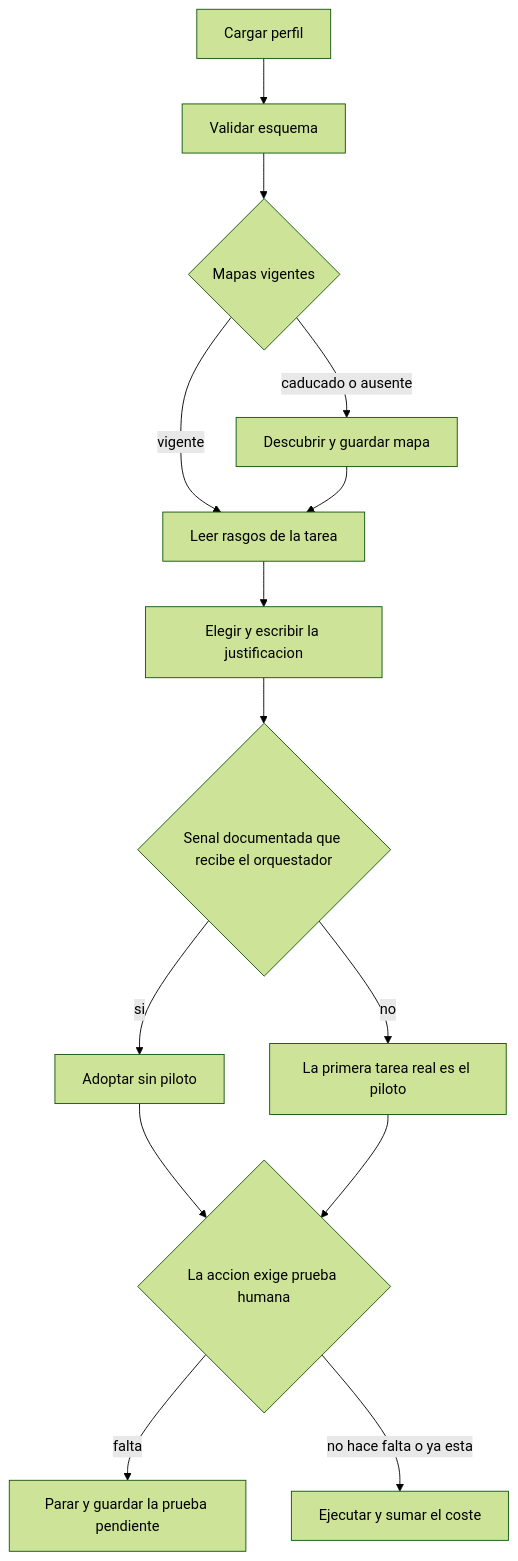
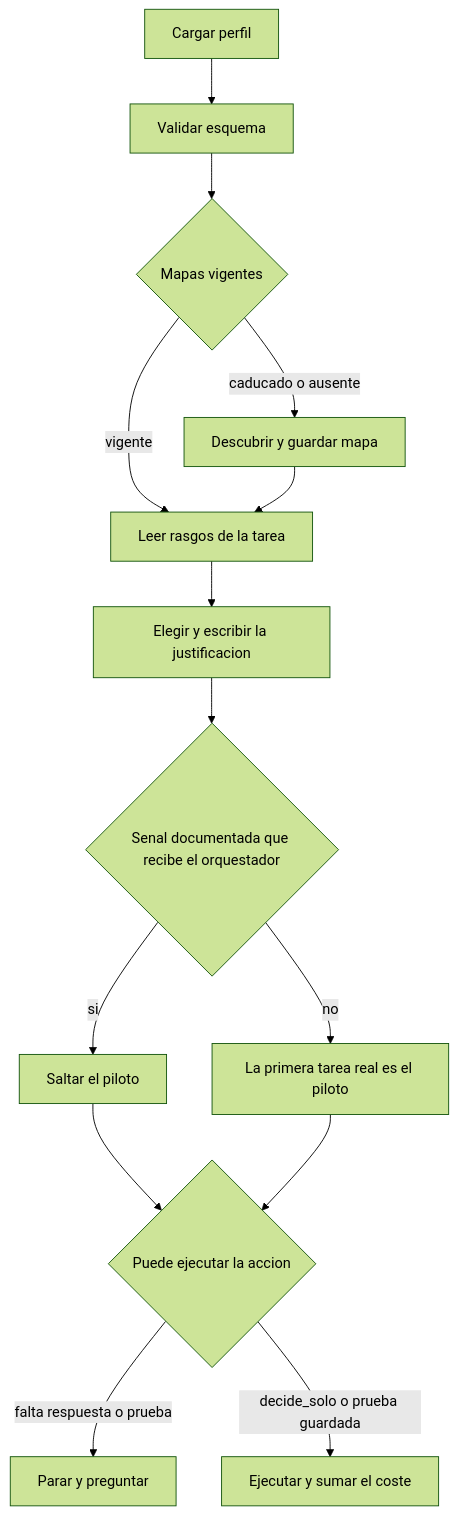
Before and after one commit to daniel-saezv/ai-agents-orchestrator: the diagram in docs/diseno.md, drawn with Mermaid (forest theme). The commit also changed other lines of this file, not shown here.

````diff
--- a/docs/diseno.md
+++ b/docs/diseno.md
@@ -13,16 +13,16 @@
 ```mermaid
 flowchart TD
   A[Cargar perfil] --> B[Validar esquema]
   B --> C{Mapas vigentes}
   C -->|caducado o ausente| D[Descubrir y guardar mapa]
   C -->|vigente| E[Leer rasgos de la tarea]
   D --> E
   E --> F[Elegir y escribir la justificacion]
   F --> G{Senal documentada que recibe el orquestador}
-  G -->|si| H[Adoptar sin piloto]
+  G -->|si| H[Saltar el piloto]
   G -->|no| I[La primera tarea real es el piloto]
-  H --> J{La accion exige prueba humana}
+  H --> J{Puede ejecutar la accion}
   I --> J
-  J -->|falta| K[Parar y guardar la prueba pendiente]
-  J -->|no hace falta o ya esta| L[Ejecutar y sumar el coste]
+  J -->|falta respuesta o prueba| K[Parar y preguntar]
+  J -->|decide_solo o prueba guardada| L[Ejecutar y sumar el coste]
 ```
````
